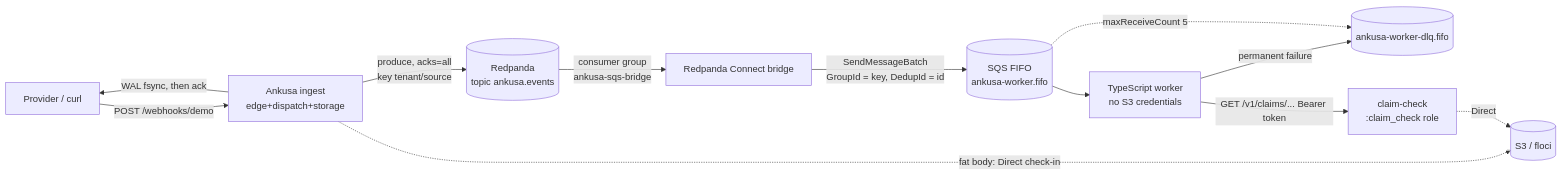
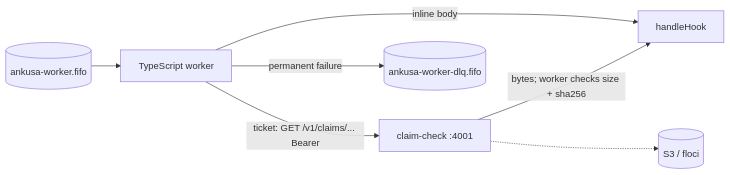
Before and after one commit to jamescarr/ankusa: the fourth of 4 diagrams in examples/kafka-sqs-consumer/README.md, drawn with Mermaid. The commit also changed other lines of this file and 5 other files, not shown here.

````diff
--- a/examples/kafka-sqs-consumer/README.md
+++ b/examples/kafka-sqs-consumer/README.md
@@ -11,14 +59,9 @@
 ```mermaid
 flowchart LR
-    P[Provider / curl] -->|POST /webhooks/demo| I[Ankusa ingest\nedge+dispatch+storage]
-    I -->|WAL fsync, then ack| P
-    I -->|"produce, acks=all\nkey tenant/source"| K[("Redpanda\ntopic ankusa.events")]
-    I -.fat body: Direct check-in.-> S[(S3 / floci)]
-    K -->|"consumer group\nankusa-sqs-bridge"| B[Redpanda Connect bridge]
-    B -->|"SendMessageBatch\nGroupId = key, DedupId = id"| Q[("SQS FIFO\nankusa-worker.fifo")]
-    Q --> W[TypeScript worker\nno S3 credentials]
+    Q[("ankusa-worker.fifo")] --> W[TypeScript worker]
+    W -->|inline body| H[handleHook]
+    W -->|"ticket: GET /v1/claims/... Bearer"| CC[claim-check :4001]
+    CC -.-> S[(S3 / floci)]
+    CC -->|"bytes; worker checks size + sha256"| H
     W -->|permanent failure| D[("ankusa-worker-dlq.fifo")]
-    Q -.maxReceiveCount 5.-> D
-    W -->|GET /v1/claims/... Bearer token| CC[claim-check\n:claim_check role]
-    CC -.Direct.-> S
 ```
````
